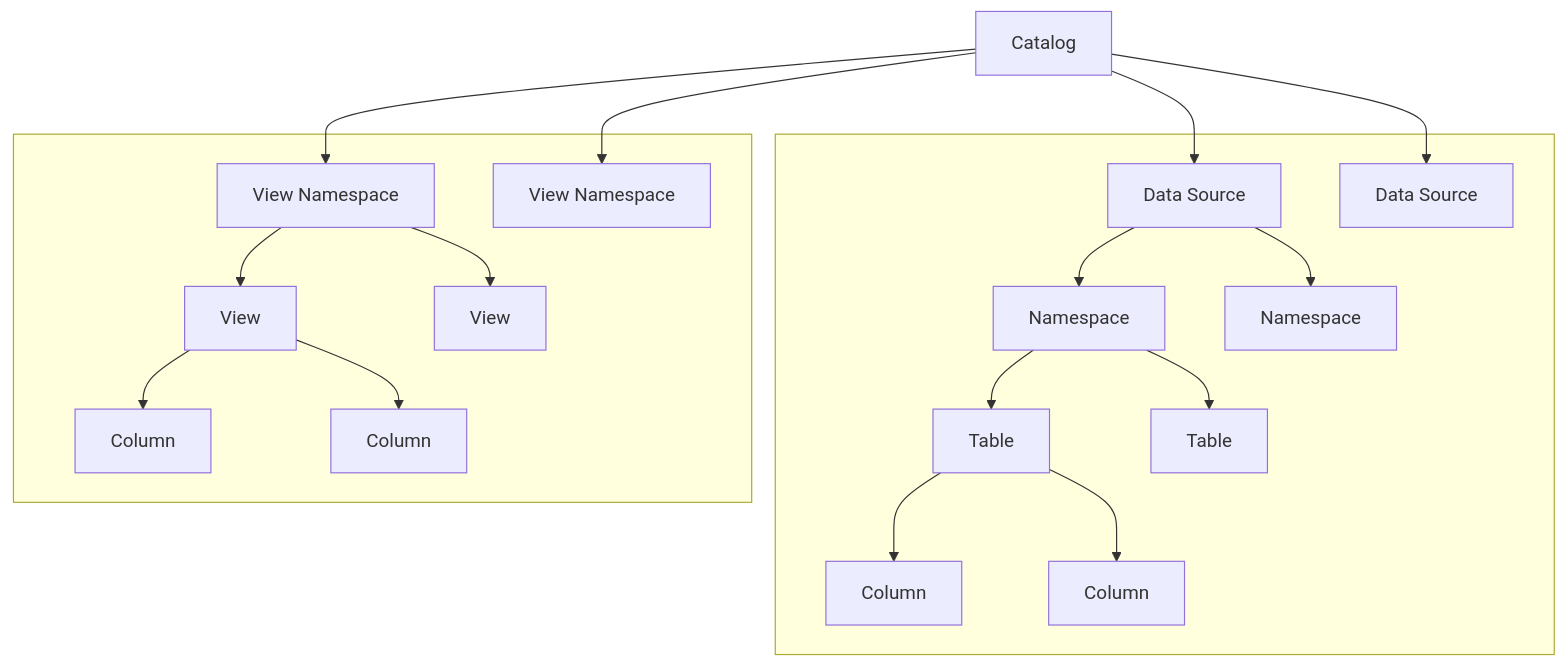
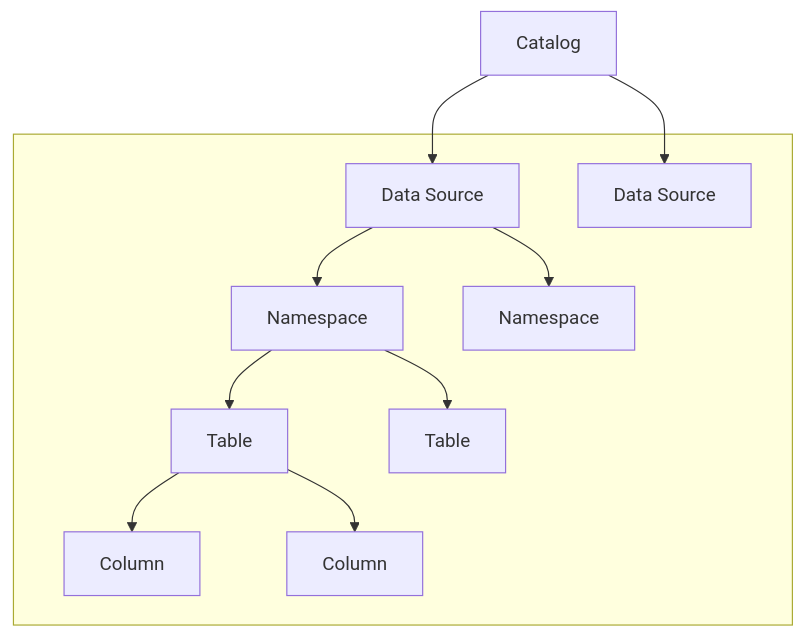
Before and after one commit to scalar-labs/docs-scalardb: the diagram in i18n/versioned_docs/ja-jp/docusaurus-plugin-content-docs/current/scalardb-analytics/design.mdx, drawn with Mermaid. The commit also changed other lines of this file, not shown here.

````diff
--- a/i18n/versioned_docs/ja-jp/docusaurus-plugin-content-docs/current/scalardb-analytics/design.mdx
+++ b/i18n/versioned_docs/ja-jp/docusaurus-plugin-content-docs/current/scalardb-analytics/design.mdx
@@ -28,24 +28,14 @@
 ```mermaid
 graph TD
     C[Catalog] --> D[Data Source]
     C[Catalog] --> D2[Data Source]
     subgraph " "
         D --> N[Namespace]
         D --> N2[Namespace]
         N --> T[Table]
         N --> T2[Table]
         T --> TC[Column]
         T --> TC2[Column]
         D2
     end
-
-    C --> VN[View Namespace]
-    C --> VN2[View Namespace]
-    subgraph " "
-        VN --> V[View]
-        VN --> V2[View]
-        V --> VC[Column]
-        V --> VC2[Column]
-        VN2
-    end
 ```
````
